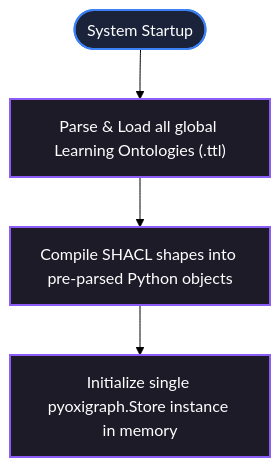
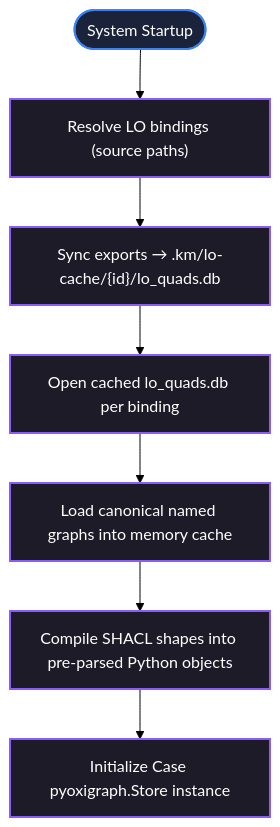
The second of 4 diagrams in docs/knowledge-management-specification.md (isaacnugroho/km), drawn with Mermaid (forest theme) before and after one commit. The commit also changed other lines of this file and 5 other files, not shown here.

````diff
--- a/docs/knowledge-management-specification.md
+++ b/docs/knowledge-management-specification.md
@@ -99,11 +242,17 @@
 ```mermaid
 graph TD
-    Start([System Startup]) --> Load["Parse & Load all global Learning Ontologies (.ttl)"]
-    Load --> Compile["Compile SHACL shapes into pre-parsed Python objects"]
-    Compile --> Init["Initialize single pyoxigraph.Store instance in memory"]
+    Start([System Startup]) --> Resolve["Resolve LO bindings (source paths)"]
+    Resolve --> Sync["Sync exports → .km/lo-cache/{id}/lo_quads.db"]
+    Sync --> OpenLO["Open cached lo_quads.db per binding"]
+    OpenLO --> LoadCanon["Load canonical named graphs into memory cache"]
+    LoadCanon --> Compile["Compile SHACL shapes into pre-parsed Python objects"]
+    Compile --> Init["Initialize Case pyoxigraph.Store instance"]
 
     style Start fill:#1a233a,stroke:#3b82f6,stroke-width:2px,color:#fff
-    style Load fill:#1e1b29,stroke:#8b5cf6,stroke-width:2px,color:#fff
+    style Resolve fill:#1e1b29,stroke:#8b5cf6,stroke-width:2px,color:#fff
+    style Sync fill:#1e1b29,stroke:#8b5cf6,stroke-width:2px,color:#fff
+    style OpenLO fill:#1e1b29,stroke:#8b5cf6,stroke-width:2px,color:#fff
+    style LoadCanon fill:#1e1b29,stroke:#8b5cf6,stroke-width:2px,color:#fff
     style Compile fill:#1e1b29,stroke:#8b5cf6,stroke-width:2px,color:#fff
     style Init fill:#1e1b29,stroke:#8b5cf6,stroke-width:2px,color:#fff
 ```
````
